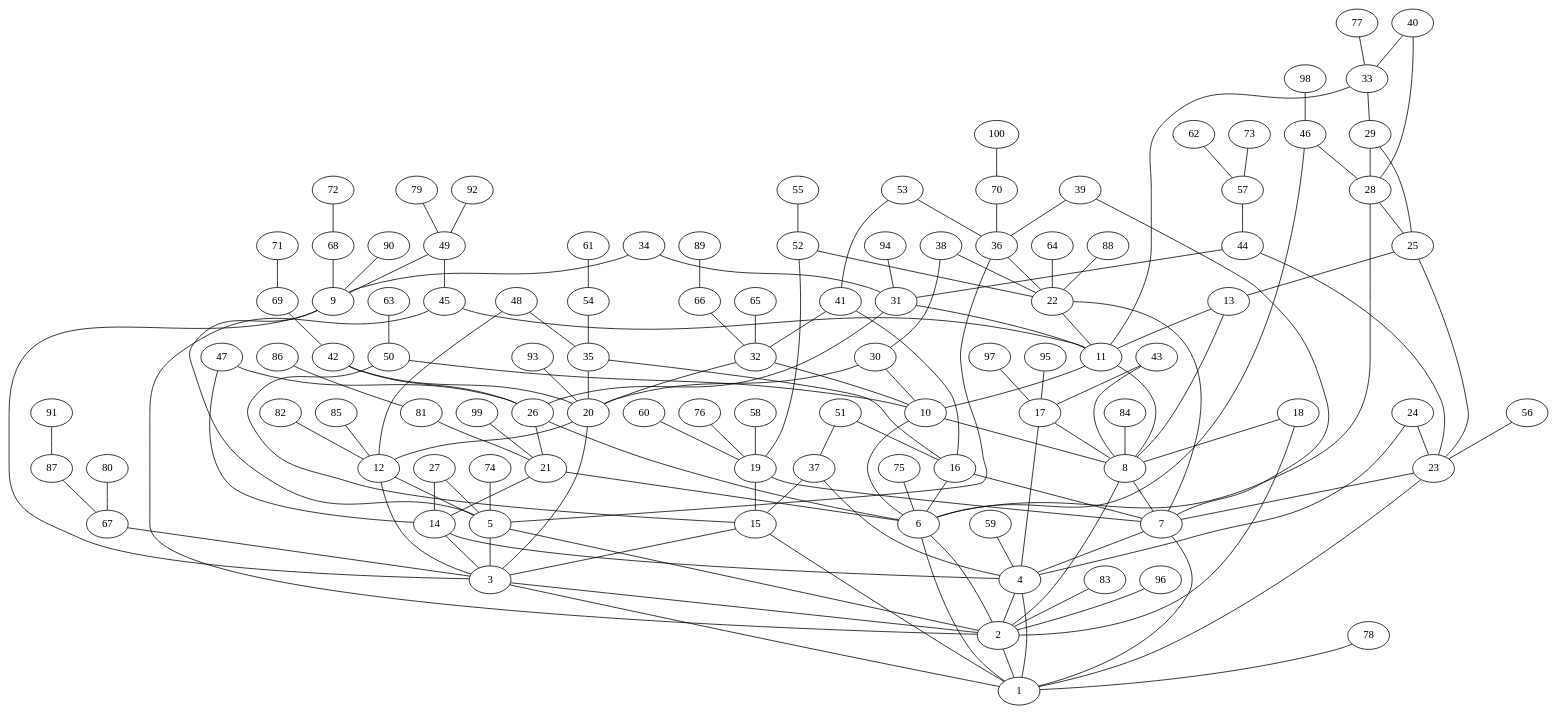
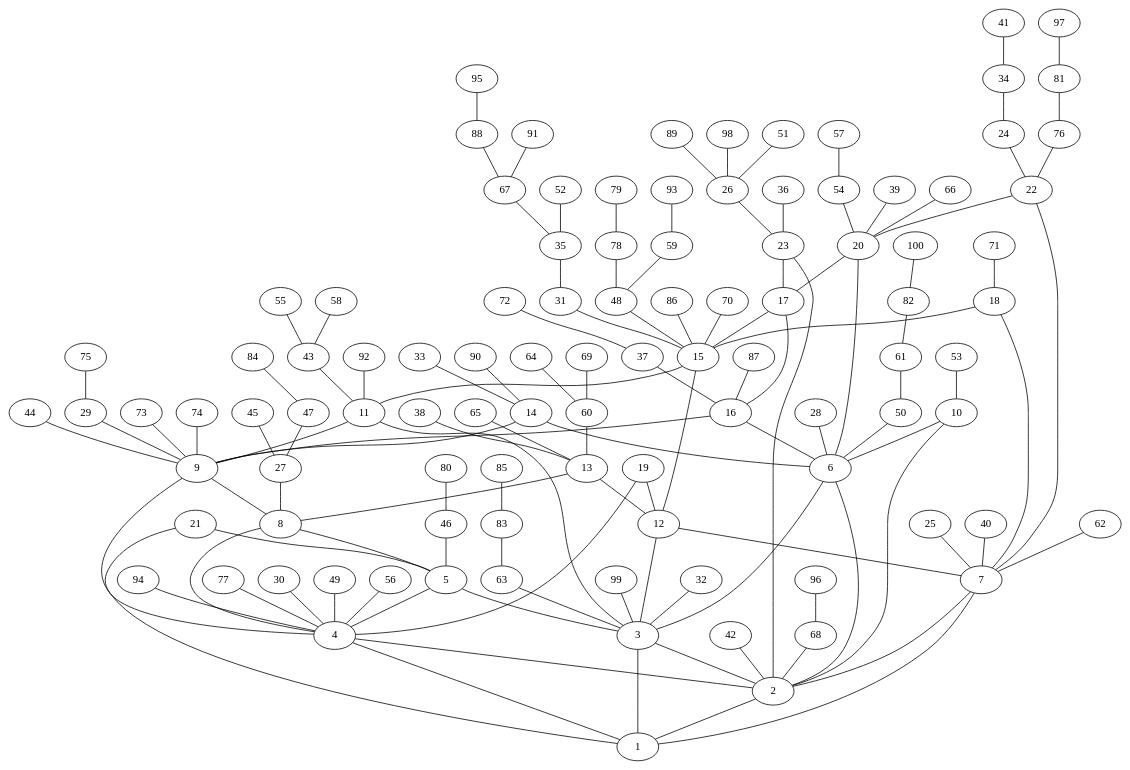
Before and after one commit to markusju/ava-u2: the diagram in file.dot, drawn with Graphviz. The commit also changed 74 other files, not shown here.

```diff
--- a/file.dot
+++ b/file.dot
@@ -1,152 +1,122 @@
 graph G {
+35 -- 31;
+32 -- 3;
+20 -- 17;
+75 -- 29;
+60 -- 13;
+82 -- 61;
+22 -- 7;
+14 -- 6;
+28 -- 6;
+96 -- 68;
+53 -- 10;
+4 -- 1;
+63 -- 3;
+24 -- 22;
+13 -- 12;
+77 -- 4;
+21 -- 1;
+22 -- 20;
+50 -- 6;
+84 -- 47;
+5 -- 3;
+27 -- 8;
+73 -- 9;
+10 -- 2;
+98 -- 26;
+11 -- 3;
+52 -- 35;
+93 -- 59;
+16 -- 9;
+29 -- 9;
+100 -- 82;
+19 -- 12;
+66 -- 20;
+34 -- 24;
+54 -- 20;
+72 -- 37;
+25 -- 7;
+8 -- 5;
+13 -- 8;
+7 -- 2;
+31 -- 15;
+33 -- 14;
+40 -- 7;
+58 -- 43;
+86 -- 15;
+16 -- 6;
+26 -- 23;
+6 -- 2;
+12 -- 7;
+15 -- 12;
+46 -- 5;
+48 -- 15;
+83 -- 63;
+57 -- 54;
+85 -- 83;
+5 -- 4;
+62 -- 7;
+20 -- 6;
+41 -- 34;
+39 -- 20;
+30 -- 4;
+68 -- 2;
+8 -- 4;
+15 -- 11;
+14 -- 9;
+23 -- 2;
+80 -- 46;
+9 -- 4;
+21 -- 5;
+47 -- 27;
+79 -- 78;
+3 -- 2;
+51 -- 26;
+91 -- 67;
+92 -- 11;
+76 -- 22;
+81 -- 76;
+74 -- 9;
+10 -- 6;
+70 -- 15;
+49 -- 4;
+45 -- 27;
+90 -- 14;
+36 -- 23;
+44 -- 9;
+17 -- 16;
+38 -- 13;
+7 -- 1;
+43 -- 11;
+23 -- 17;
+61 -- 50;
+95 -- 88;
+64 -- 60;
+65 -- 13;
+78 -- 48;
+59 -- 48;
+12 -- 3;
+19 -- 4;
 2 -- 1;
-3 -- 2;
+37 -- 16;
+97 -- 81;
+11 -- 9;
+55 -- 43;
+67 -- 35;
+18 -- 15;
+17 -- 15;
+56 -- 4;
 4 -- 2;
-5 -- 2;
-6 -- 2;
-7 -- 4;
-8 -- 7;
-9 -- 5;
-10 -- 8;
-11 -- 10;
-12 -- 5;
-13 -- 8;
-14 -- 4;
-15 -- 3;
-16 -- 6;
-17 -- 8;
-18 -- 8;
-19 -- 15;
-20 -- 3;
-21 -- 14;
-22 -- 7;
-23 -- 7;
-24 -- 23;
-25 -- 23;
-26 -- 6;
-27 -- 14;
-28 -- 25;
-29 -- 25;
-30 -- 20;
-31 -- 26;
-32 -- 10;
-33 -- 29;
-34 -- 31;
-35 -- 16;
-36 -- 22;
-37 -- 15;
-38 -- 22;
-39 -- 36;
-40 -- 33;
-41 -- 16;
-42 -- 20;
-43 -- 8;
-44 -- 31;
-45 -- 2;
-46 -- 6;
-47 -- 14;
-48 -- 35;
-49 -- 9;
-50 -- 15;
-51 -- 16;
-52 -- 22;
-53 -- 36;
-54 -- 35;
-55 -- 52;
-56 -- 23;
-57 -- 44;
-58 -- 19;
-59 -- 4;
-60 -- 19;
-61 -- 54;
-62 -- 57;
-63 -- 50;
-64 -- 22;
-65 -- 32;
-66 -- 32;
-67 -- 3;
-68 -- 9;
-69 -- 42;
-70 -- 36;
-71 -- 69;
-72 -- 68;
-73 -- 57;
-74 -- 5;
-75 -- 6;
-76 -- 19;
-77 -- 33;
-78 -- 1;
-79 -- 49;
-80 -- 67;
-81 -- 21;
-82 -- 12;
-83 -- 2;
-84 -- 8;
-85 -- 12;
-86 -- 81;
-87 -- 67;
-88 -- 22;
-89 -- 66;
-90 -- 9;
-91 -- 87;
-92 -- 49;
-93 -- 20;
-94 -- 31;
-95 -- 17;
-96 -- 2;
-97 -- 17;
-98 -- 46;
-99 -- 21;
-100 -- 70;
+9 -- 8;
+88 -- 67;
+42 -- 2;
+87 -- 16;
+94 -- 4;
+71 -- 18;
 3 -- 1;
-4 -- 1;
-5 -- 3;
-6 -- 1;
-7 -- 1;
-8 -- 2;
-9 -- 3;
-10 -- 6;
-11 -- 8;
-12 -- 3;
-13 -- 11;
-14 -- 3;
-15 -- 1;
-16 -- 7;
-17 -- 4;
-18 -- 2;
-19 -- 7;
-20 -- 12;
-21 -- 6;
-22 -- 11;
-23 -- 1;
-24 -- 4;
-25 -- 13;
-26 -- 21;
-27 -- 5;
-28 -- 6;
-29 -- 28;
-30 -- 10;
-31 -- 11;
-32 -- 20;
-33 -- 11;
-34 -- 9;
-35 -- 20;
-36 -- 5;
-37 -- 4;
-38 -- 30;
-39 -- 7;
-40 -- 28;
-41 -- 32;
-42 -- 26;
-43 -- 17;
-44 -- 23;
-45 -- 11;
-46 -- 28;
-47 -- 26;
-48 -- 12;
-49 -- 45;
-50 -- 10;
-51 -- 37;
-52 -- 19;
-53 -- 41;
+6 -- 3;
+69 -- 60;
+18 -- 7;
+89 -- 26;
+99 -- 3;
 }
```
